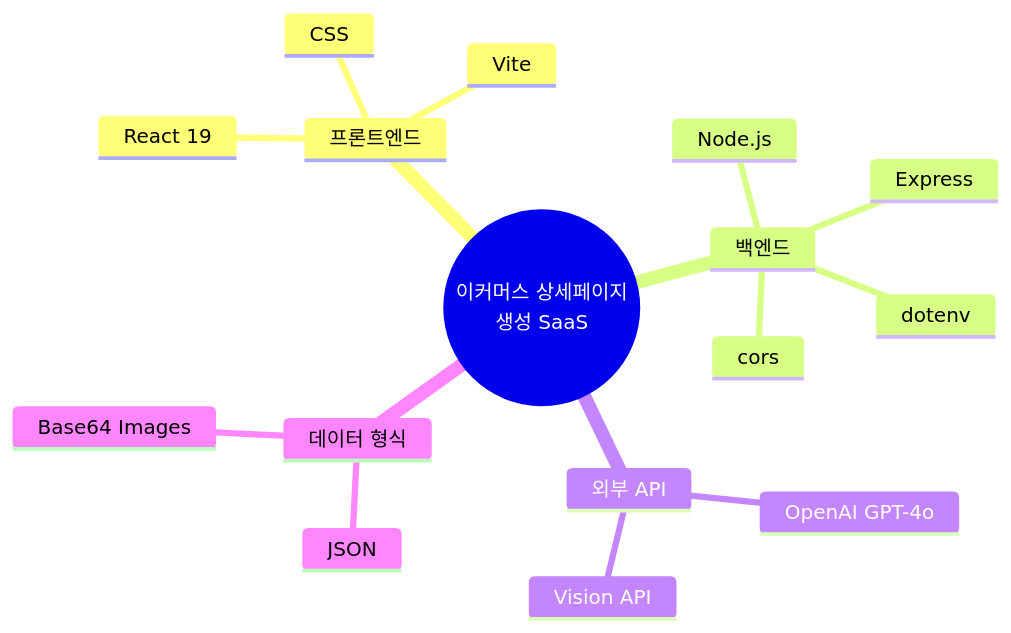
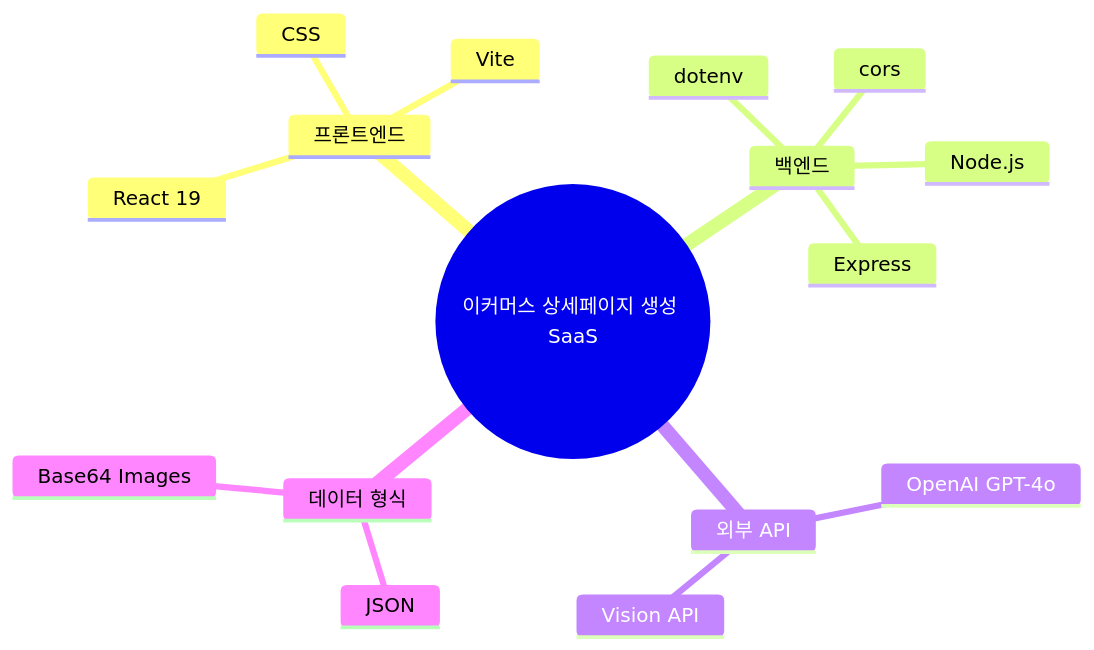
One commit to geon1098/app_ai108 changed the fourth of 4 diagrams in architecture.md. Above: the diagram before and after it, drawn with Mermaid. The commit also changed other lines of this file, not shown here.

````diff
--- a/architecture.md
+++ b/architecture.md
@@ -124,19 +123,19 @@
 ```mermaid
 mindmap
-  root((이커머스 상세페이지<br/>생성 SaaS))
+  root((이커머스 상세페이지 생성 SaaS))
     프론트엔드
       React 19
       Vite
       CSS
     백엔드
       Node.js
       Express
       dotenv
       cors
     외부 API
       OpenAI GPT-4o
       Vision API
     데이터 형식
       JSON
       Base64 Images
 ```
````
